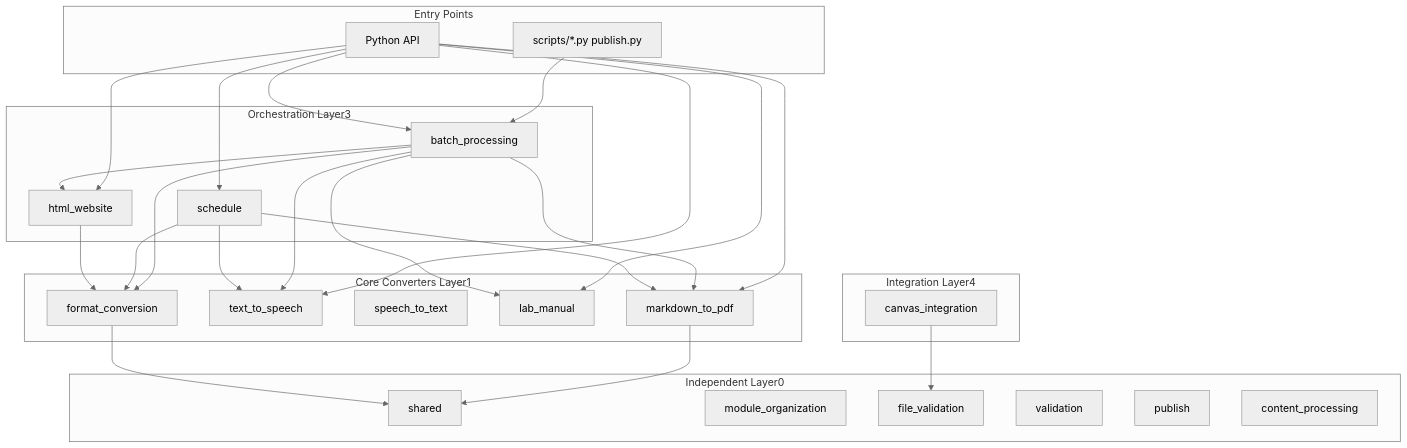
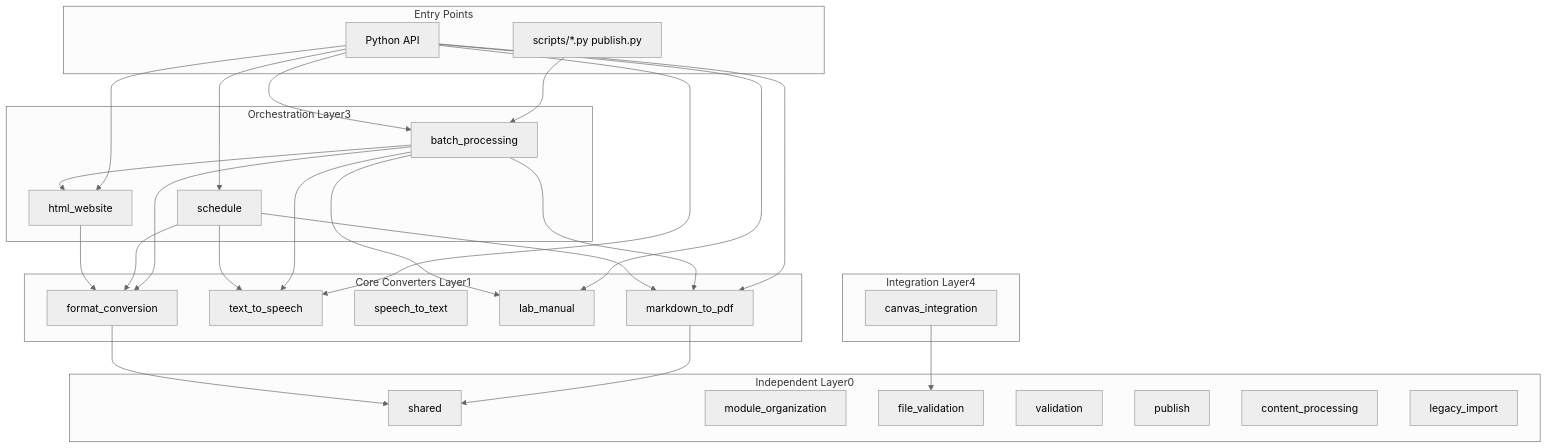
One commit to docxology/biol-1 changed the first of 4 diagrams in software/docs/ARCHITECTURE.md. Above: the diagram before and after it, drawn with Mermaid (neutral theme). The commit also changed other lines of this file and 161 other files, not shown here.

````diff
--- a/software/docs/ARCHITECTURE.md
+++ b/software/docs/ARCHITECTURE.md
@@ -66,58 +66,59 @@
 ```mermaid
 graph TB
     subgraph entryPoints[Entry Points]
         CLI["scripts/*.py publish.py"]
         PY["Python API"]
     end
 
     subgraph coreConverters[Core Converters Layer1]
         M2P["markdown_to_pdf"]
         TTS["text_to_speech"]
         STT["speech_to_text"]
         LM["lab_manual"]
         FC["format_conversion"]
     end
 
     subgraph orchestration[Orchestration Layer3]
         BP["batch_processing"]
         HW["html_website"]
         SCH["schedule"]
     end
 
     subgraph foundation[Independent Layer0]
         SH["shared"]
         MO["module_organization"]
         FV["file_validation"]
         VAL["validation"]
         PUB["publish"]
         CP["content_processing"]
+        LI["legacy_import"]
     end
 
     subgraph integrationLayer[Integration Layer4]
         CI["canvas_integration"]
     end
 
     CLI --> BP
     PY --> BP
     PY --> M2P
     PY --> LM
     PY --> TTS
     PY --> SCH
     PY --> HW
 
     BP --> M2P
     BP --> TTS
     BP --> FC
     BP --> LM
     BP --> HW
 
     SCH --> M2P
     SCH --> TTS
     SCH --> FC
 
     HW --> FC
     M2P --> SH
     FC --> SH
 
     CI --> FV
 ```
````
